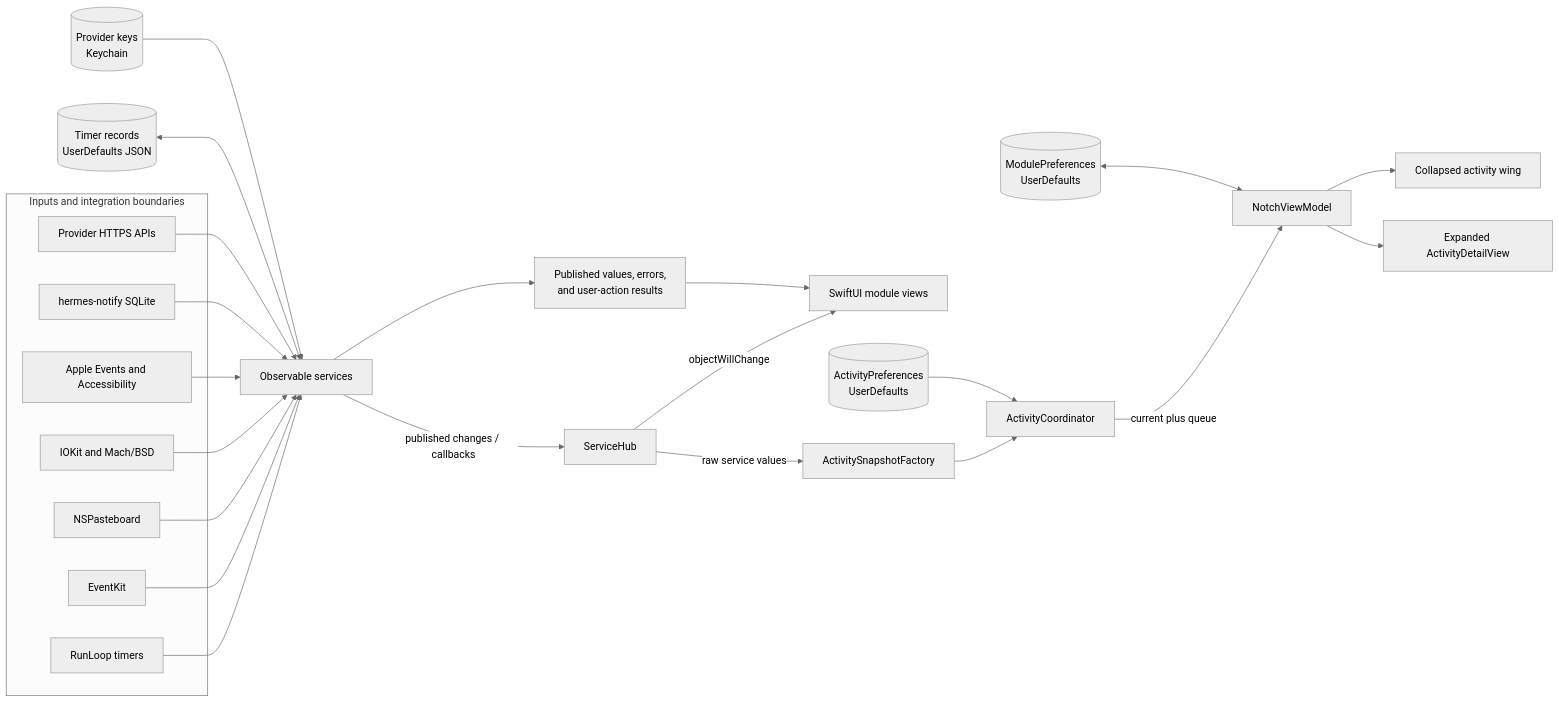
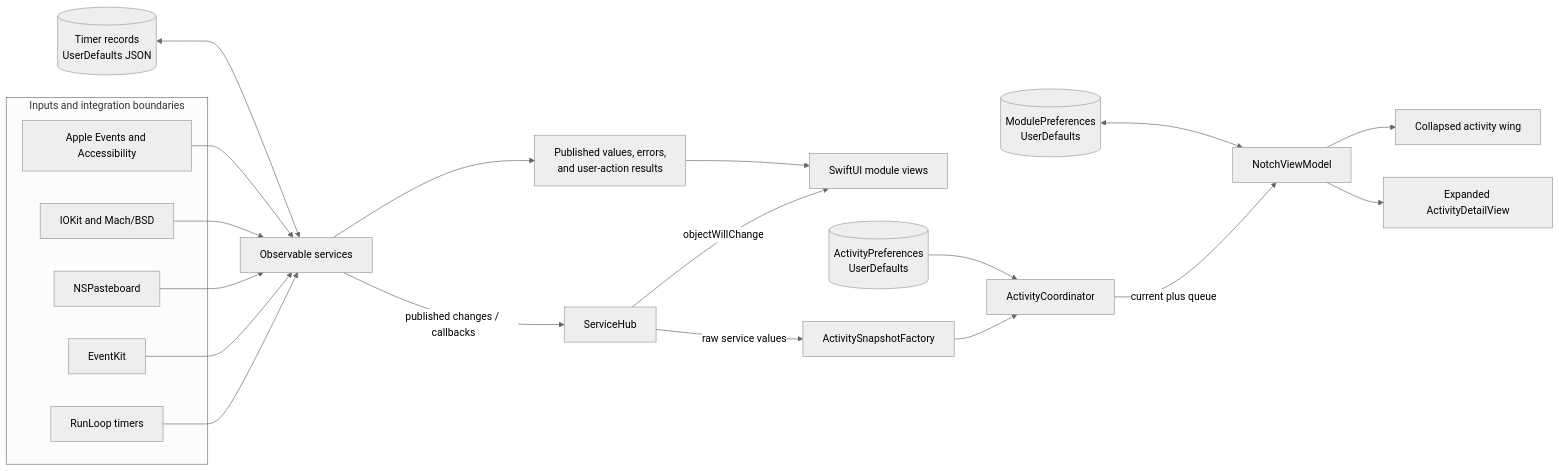
Before and after one commit to Srimi1/Notch-hub: the third of 7 diagrams in docs/ARCHITECTURE.md, drawn with Mermaid (neutral theme). The commit also changed other lines of this file and 3 other files, not shown here.

````diff
--- a/docs/ARCHITECTURE.md
+++ b/docs/ARCHITECTURE.md
@@ -132,34 +124,29 @@
 ```mermaid
 flowchart LR
     subgraph Inputs["Inputs and integration boundaries"]
         Timers["RunLoop timers"]
         EventKit["EventKit"]
         Pasteboard["NSPasteboard"]
         IOKit["IOKit and Mach/BSD"]
         AppleEvents["Apple Events and Accessibility"]
-        Hermes["hermes-notify SQLite"]
-        Remote["Provider HTTPS APIs"]
     end
 
     Timers --> Services["Observable services"]
     EventKit --> Services
     Pasteboard --> Services
     IOKit --> Services
     AppleEvents --> Services
-    Hermes --> Services
-    Remote --> Services
     Services -->|published changes / callbacks| Hub["ServiceHub"]
     Hub -->|objectWillChange| Views["SwiftUI module views"]
     Hub -->|raw service values| Factory["ActivitySnapshotFactory"]
     Factory --> Coordinator["ActivityCoordinator"]
     ActivityPrefs[("ActivityPreferences<br/>UserDefaults")] --> Coordinator
     Coordinator -->|current plus queue| VM["NotchViewModel"]
     VM --> Collapsed["Collapsed activity wing"]
     VM --> Detail["Expanded ActivityDetailView"]
 
     ModulePrefs[("ModulePreferences<br/>UserDefaults")] <--> VM
     TimerDefaults[("Timer records<br/>UserDefaults JSON")] <--> Services
-    Secrets[("Provider keys<br/>Keychain")] --> Services
     Services --> Responses["Published values, errors,<br/>and user-action results"]
     Responses --> Views
 ```
````
